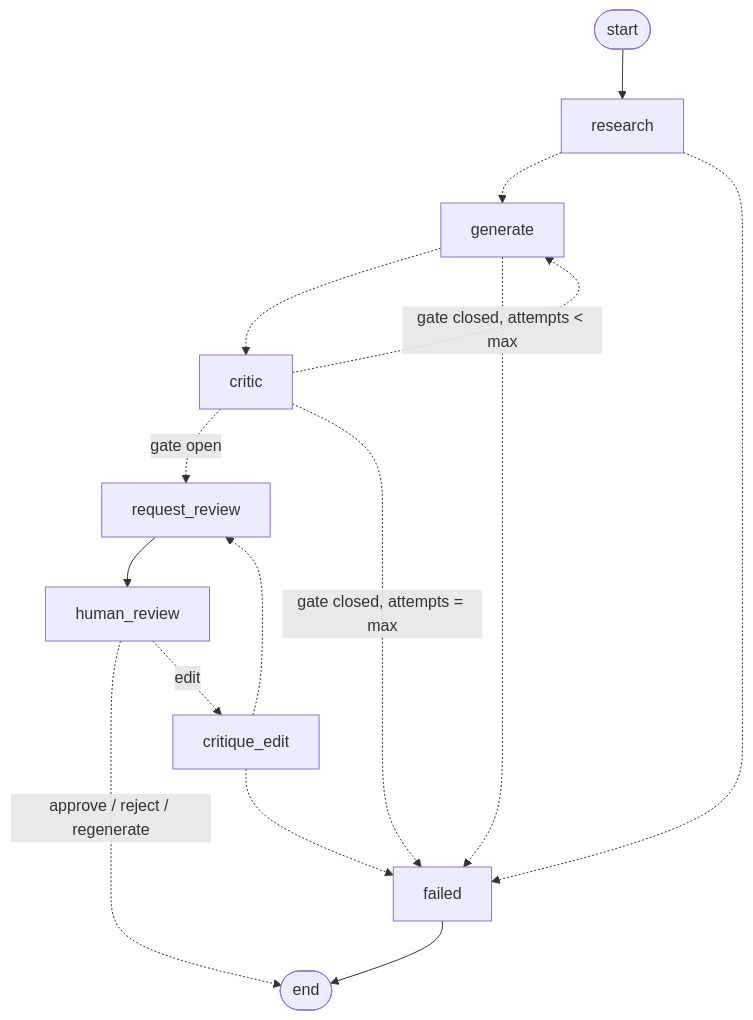
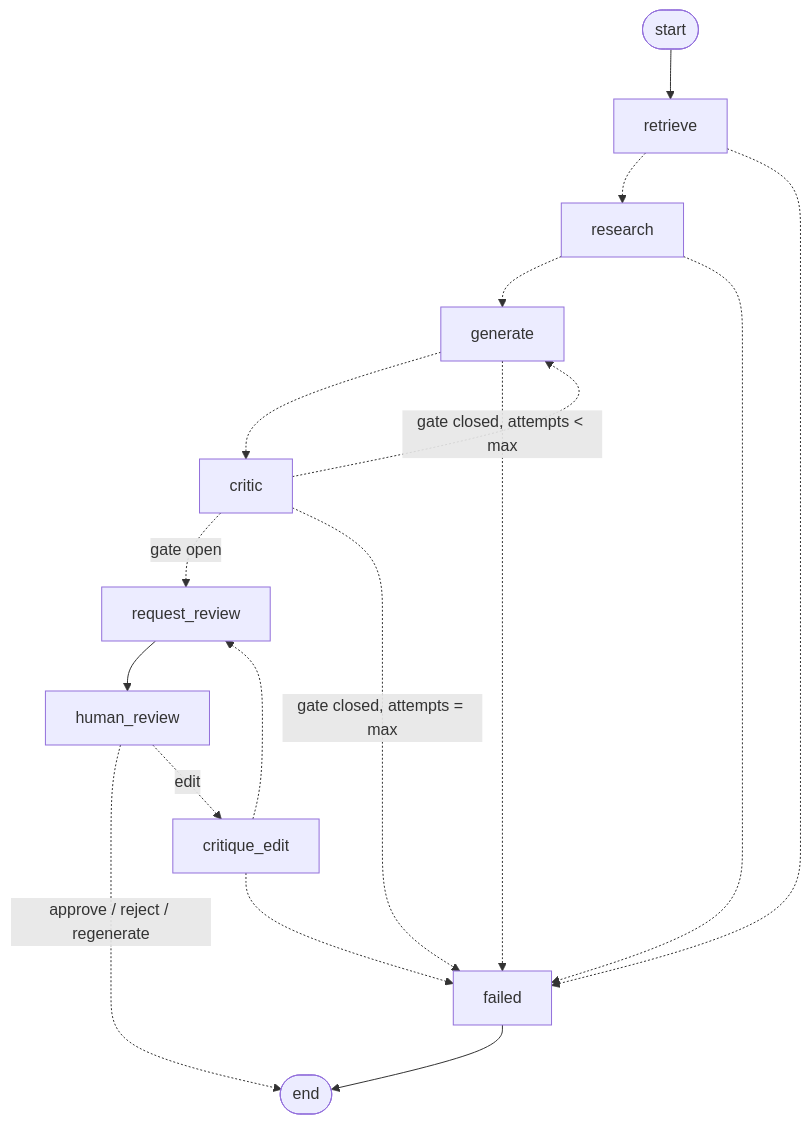
One commit to philik04/social-growth-agent changed the diagram in docs/ARCHITECTURE.md. Above: the diagram before and after it, drawn with Mermaid. The commit also changed other lines of this file and 41 other files, not shown here.

````diff
--- a/docs/ARCHITECTURE.md
+++ b/docs/ARCHITECTURE.md
@@ -90,17 +94,19 @@
 ```mermaid
 graph TD;
-  START([start]) --> research
+  START([start]) --> retrieve
+  retrieve -.-> research
+  retrieve -.-> failed
   research -.-> generate
   research -.-> failed
   generate -.-> critic
   generate -.-> failed
   critic -.->|gate open| request_review
   critic -.->|gate closed, attempts < max| generate
   critic -.->|gate closed, attempts = max| failed
   request_review --> human_review
   human_review -.->|approve / reject / regenerate| END([end])
   human_review -.->|edit| critique_edit
   critique_edit -.-> request_review
   critique_edit -.-> failed
   failed --> END
 ```
````
